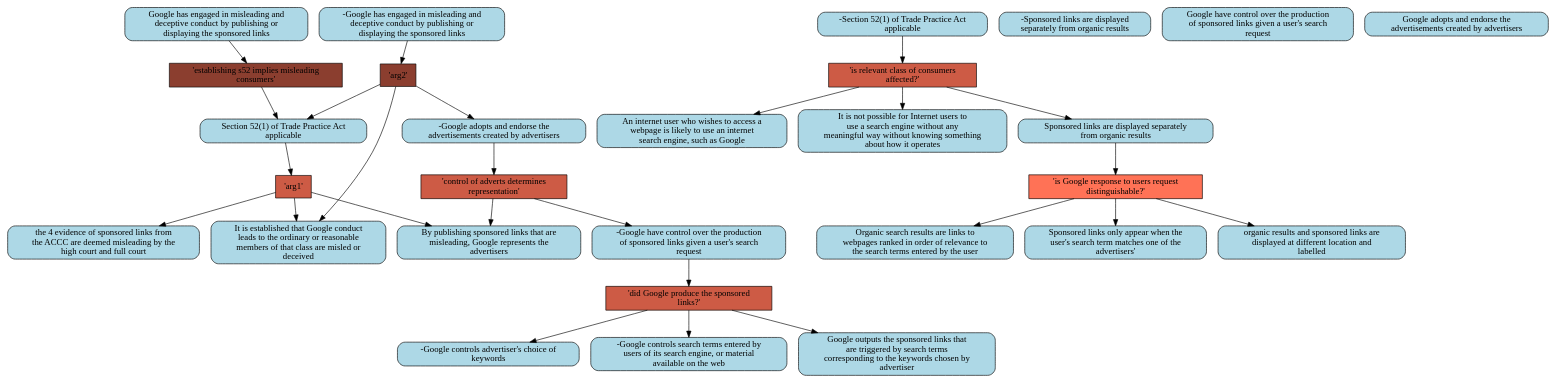
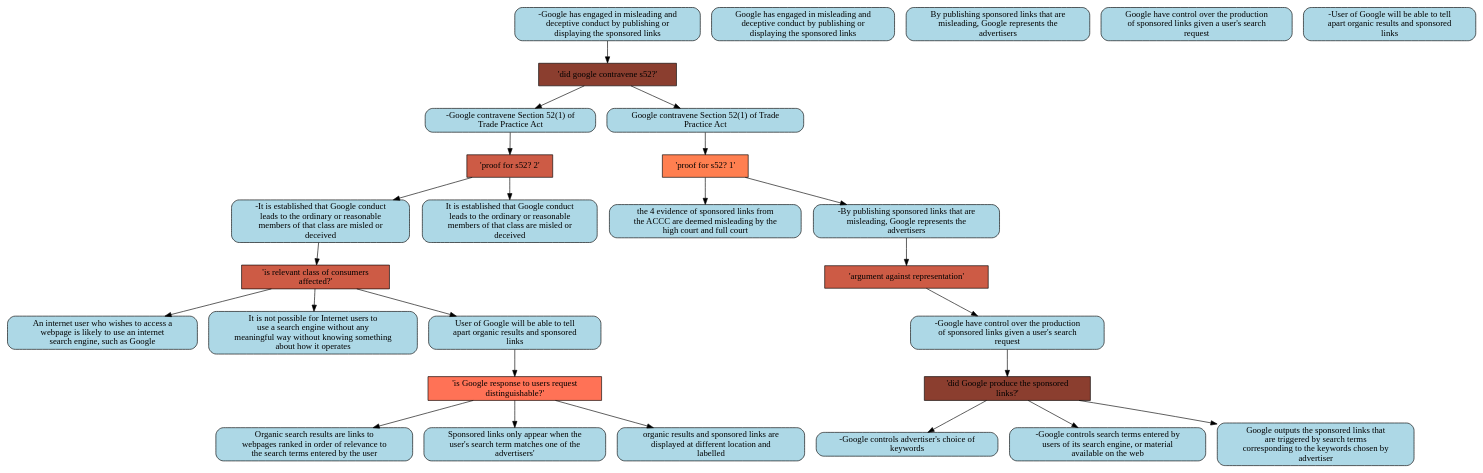
One commit to goweiting/carneades-ext changed the diagram in system/dot/googleVaccc.yml.dot. Above: the diagram before and after it, drawn with Graphviz. The commit also changed 6 other files, not shown here.

```diff
--- a/system/dot/googleVaccc.yml.dot
+++ b/system/dot/googleVaccc.yml.dot
@@ -1,55 +1,53 @@
 digraph G{ 
-"'establishing s52 implies misleading\nconsumers'" [color="black", fillcolor="coral4",fixedsize=false, shape=box, style="filled"]; 
+"'did google contravene s52?'" [color="black", fillcolor="coral4",fixedsize=false, shape=box, style="filled"]; 
+"-Google has engaged in misleading and\ndeceptive conduct by publishing or\ndisplaying the sponsored links" [color="black", fillcolor="lightblue", fixedsize=false,  shape="box", style="rounded,filled"]; 
 "Google has engaged in misleading and\ndeceptive conduct by publishing or\ndisplaying the sponsored links" [color="black", fillcolor="lightblue", fixedsize=false,  shape="box", style="rounded,filled"]; 
-"-Google has engaged in misleading and\ndeceptive conduct by publishing or\ndisplaying the sponsored links" [color="black", fillcolor="lightblue", fixedsize=false,  shape="box", style="rounded,filled"]; 
-"Section 52(1) of Trade Practice Act\napplicable" [color="black", fillcolor="lightblue", fixedsize=false,  shape="box", style="rounded,filled"]; 
-"'arg1'" [color="black", fillcolor="coral3",fixedsize=false, shape=box, style="filled"]; 
-"-Section 52(1) of Trade Practice Act\napplicable" [color="black", fillcolor="lightblue", fixedsize=false,  shape="box", style="rounded,filled"]; 
+"-Google contravene Section 52(1) of\nTrade Practice Act" [color="black", fillcolor="lightblue", fixedsize=false,  shape="box", style="rounded,filled"]; 
+"Google contravene Section 52(1) of Trade\nPractice Act" [color="black", fillcolor="lightblue", fixedsize=false,  shape="box", style="rounded,filled"]; 
+"'proof for s52? 1'" [color="black", fillcolor="coral",fixedsize=false, shape=box, style="filled"]; 
+"the 4 evidence of sponsored links from\nthe ACCC are deemed misleading by the\nhigh court and full court" [color="black", fillcolor="lightblue", fixedsize=false,  shape="box", style="rounded,filled"]; 
+"-By publishing sponsored links that are\nmisleading, Google represents the\nadvertisers" [color="black", fillcolor="lightblue", fixedsize=false,  shape="box", style="rounded,filled"]; 
+"'argument against representation'" [color="black", fillcolor="coral3",fixedsize=false, shape=box, style="filled"]; 
 "By publishing sponsored links that are\nmisleading, Google represents the\nadvertisers" [color="black", fillcolor="lightblue", fixedsize=false,  shape="box", style="rounded,filled"]; 
-"It is established that Google conduct\nleads to the ordinary or reasonable\nmembers of that class are misled or\ndeceived" [color="black", fillcolor="lightblue", fixedsize=false,  shape="box", style="rounded,filled"]; 
-"the 4 evidence of sponsored links from\nthe ACCC are deemed misleading by the\nhigh court and full court" [color="black", fillcolor="lightblue", fixedsize=false,  shape="box", style="rounded,filled"]; 
-"'arg2'" [color="black", fillcolor="coral4",fixedsize=false, shape=box, style="filled"]; 
-"-Google adopts and endorse the\nadvertisements created by advertisers" [color="black", fillcolor="lightblue", fixedsize=false,  shape="box", style="rounded,filled"]; 
-"'is relevant class of consumers\naffected?'" [color="black", fillcolor="coral3",fixedsize=false, shape=box, style="filled"]; 
-"An internet user who wishes to access a\nwebpage is likely to use an internet\nsearch engine, such as Google" [color="black", fillcolor="lightblue", fixedsize=false,  shape="box", style="rounded,filled"]; 
-"It is not possible for Internet users to\nuse a search engine without any\nmeaningful way without knowing something\nabout how it operates" [color="black", fillcolor="lightblue", fixedsize=false,  shape="box", style="rounded,filled"]; 
-"Sponsored links are displayed separately\nfrom organic results" [color="black", fillcolor="lightblue", fixedsize=false,  shape="box", style="rounded,filled"]; 
-"'is Google response to users request\ndistinguishable?'" [color="black", fillcolor="coral1",fixedsize=false, shape=box, style="filled"]; 
-"-Sponsored links are displayed\nseparately from organic results" [color="black", fillcolor="lightblue", fixedsize=false,  shape="box", style="rounded,filled"]; 
-"Organic search results are links to\nwebpages ranked in order of relevance to\nthe search terms entered by the user" [color="black", fillcolor="lightblue", fixedsize=false,  shape="box", style="rounded,filled"]; 
-"Sponsored links only appear when the\nuser's search term matches one of the\nadvertisers'" [color="black", fillcolor="lightblue", fixedsize=false,  shape="box", style="rounded,filled"]; 
-"organic results and sponsored links are\ndisplayed at different location and\nlabelled" [color="black", fillcolor="lightblue", fixedsize=false,  shape="box", style="rounded,filled"]; 
-"'did Google produce the sponsored\nlinks?'" [color="black", fillcolor="coral3",fixedsize=false, shape=box, style="filled"]; 
 "-Google have control over the production\nof sponsored links given a user's search\nrequest" [color="black", fillcolor="lightblue", fixedsize=false,  shape="box", style="rounded,filled"]; 
+"'did Google produce the sponsored\nlinks?'" [color="black", fillcolor="coral4",fixedsize=false, shape=box, style="filled"]; 
 "Google have control over the production\nof sponsored links given a user's search\nrequest" [color="black", fillcolor="lightblue", fixedsize=false,  shape="box", style="rounded,filled"]; 
 "-Google controls advertiser's choice of\nkeywords" [color="black", fillcolor="lightblue", fixedsize=false,  shape="box", style="rounded,filled"]; 
 "-Google controls search terms entered by\nusers of its search engine, or material\navailable on the web" [color="black", fillcolor="lightblue", fixedsize=false,  shape="box", style="rounded,filled"]; 
 "Google outputs the sponsored links that\nare triggered by search terms\ncorresponding to the keywords chosen by\nadvertiser" [color="black", fillcolor="lightblue", fixedsize=false,  shape="box", style="rounded,filled"]; 
-"'control of adverts determines\nrepresentation'" [color="black", fillcolor="coral3",fixedsize=false, shape=box, style="filled"]; 
-"Google adopts and endorse the\nadvertisements created by advertisers" [color="black", fillcolor="lightblue", fixedsize=false,  shape="box", style="rounded,filled"]; 
-"Google has engaged in misleading and\ndeceptive conduct by publishing or\ndisplaying the sponsored links" -> "'establishing s52 implies misleading\nconsumers'" ; 
-"'establishing s52 implies misleading\nconsumers'" -> "Section 52(1) of Trade Practice Act\napplicable" ; 
-"Section 52(1) of Trade Practice Act\napplicable" -> "'arg1'" ; 
-"'arg1'" -> "By publishing sponsored links that are\nmisleading, Google represents the\nadvertisers" ; 
-"'arg1'" -> "It is established that Google conduct\nleads to the ordinary or reasonable\nmembers of that class are misled or\ndeceived" ; 
-"'arg1'" -> "the 4 evidence of sponsored links from\nthe ACCC are deemed misleading by the\nhigh court and full court" ; 
-"-Google has engaged in misleading and\ndeceptive conduct by publishing or\ndisplaying the sponsored links" -> "'arg2'" ; 
-"'arg2'" -> "-Google adopts and endorse the\nadvertisements created by advertisers" ; 
-"'arg2'" -> "It is established that Google conduct\nleads to the ordinary or reasonable\nmembers of that class are misled or\ndeceived" ; 
-"'arg2'" -> "Section 52(1) of Trade Practice Act\napplicable" ; 
-"-Section 52(1) of Trade Practice Act\napplicable" -> "'is relevant class of consumers\naffected?'" ; 
-"'is relevant class of consumers\naffected?'" -> "An internet user who wishes to access a\nwebpage is likely to use an internet\nsearch engine, such as Google" ; 
-"'is relevant class of consumers\naffected?'" -> "It is not possible for Internet users to\nuse a search engine without any\nmeaningful way without knowing something\nabout how it operates" ; 
-"'is relevant class of consumers\naffected?'" -> "Sponsored links are displayed separately\nfrom organic results" ; 
-"Sponsored links are displayed separately\nfrom organic results" -> "'is Google response to users request\ndistinguishable?'" ; 
-"'is Google response to users request\ndistinguishable?'" -> "Organic search results are links to\nwebpages ranked in order of relevance to\nthe search terms entered by the user" ; 
-"'is Google response to users request\ndistinguishable?'" -> "Sponsored links only appear when the\nuser's search term matches one of the\nadvertisers'" ; 
-"'is Google response to users request\ndistinguishable?'" -> "organic results and sponsored links are\ndisplayed at different location and\nlabelled" ; 
+"'proof for s52? 2'" [color="black", fillcolor="coral3",fixedsize=false, shape=box, style="filled"]; 
+"-It is established that Google conduct\nleads to the ordinary or reasonable\nmembers of that class are misled or\ndeceived" [color="black", fillcolor="lightblue", fixedsize=false,  shape="box", style="rounded,filled"]; 
+"It is established that Google conduct\nleads to the ordinary or reasonable\nmembers of that class are misled or\ndeceived" [color="black", fillcolor="lightblue", fixedsize=false,  shape="box", style="rounded,filled"]; 
+"'is relevant class of consumers\naffected?'" [color="black", fillcolor="coral3",fixedsize=false, shape=box, style="filled"]; 
+"An internet user who wishes to access a\nwebpage is likely to use an internet\nsearch engine, such as Google" [color="black", fillcolor="lightblue", fixedsize=false,  shape="box", style="rounded,filled"]; 
+"It is not possible for Internet users to\nuse a search engine without any\nmeaningful way without knowing something\nabout how it operates" [color="black", fillcolor="lightblue", fixedsize=false,  shape="box", style="rounded,filled"]; 
+"User of Google will be able to tell\napart organic results and sponsored\nlinks" [color="black", fillcolor="lightblue", fixedsize=false,  shape="box", style="rounded,filled"]; 
+"'is Google response to users request\ndistinguishable?'" [color="black", fillcolor="coral1",fixedsize=false, shape=box, style="filled"]; 
+"-User of Google will be able to tell\napart organic results and sponsored\nlinks" [color="black", fillcolor="lightblue", fixedsize=false,  shape="box", style="rounded,filled"]; 
+"Organic search results are links to\nwebpages ranked in order of relevance to\nthe search terms entered by the user" [color="black", fillcolor="lightblue", fixedsize=false,  shape="box", style="rounded,filled"]; 
+"Sponsored links only appear when the\nuser's search term matches one of the\nadvertisers'" [color="black", fillcolor="lightblue", fixedsize=false,  shape="box", style="rounded,filled"]; 
+"organic results and sponsored links are\ndisplayed at different location and\nlabelled" [color="black", fillcolor="lightblue", fixedsize=false,  shape="box", style="rounded,filled"]; 
+"-Google has engaged in misleading and\ndeceptive conduct by publishing or\ndisplaying the sponsored links" -> "'did google contravene s52?'" ; 
+"'did google contravene s52?'" -> "-Google contravene Section 52(1) of\nTrade Practice Act" ; 
+"'did google contravene s52?'" -> "Google contravene Section 52(1) of Trade\nPractice Act" ; 
+"Google contravene Section 52(1) of Trade\nPractice Act" -> "'proof for s52? 1'" ; 
+"'proof for s52? 1'" -> "the 4 evidence of sponsored links from\nthe ACCC are deemed misleading by the\nhigh court and full court" ; 
+"'proof for s52? 1'" -> "-By publishing sponsored links that are\nmisleading, Google represents the\nadvertisers" ; 
+"-By publishing sponsored links that are\nmisleading, Google represents the\nadvertisers" -> "'argument against representation'" ; 
+"'argument against representation'" -> "-Google have control over the production\nof sponsored links given a user's search\nrequest" ; 
 "-Google have control over the production\nof sponsored links given a user's search\nrequest" -> "'did Google produce the sponsored\nlinks?'" ; 
 "'did Google produce the sponsored\nlinks?'" -> "-Google controls advertiser's choice of\nkeywords" ; 
 "'did Google produce the sponsored\nlinks?'" -> "-Google controls search terms entered by\nusers of its search engine, or material\navailable on the web" ; 
 "'did Google produce the sponsored\nlinks?'" -> "Google outputs the sponsored links that\nare triggered by search terms\ncorresponding to the keywords chosen by\nadvertiser" ; 
-"-Google adopts and endorse the\nadvertisements created by advertisers" -> "'control of adverts determines\nrepresentation'" ; 
-"'control of adverts determines\nrepresentation'" -> "-Google have control over the production\nof sponsored links given a user's search\nrequest" ; 
-"'control of adverts determines\nrepresentation'" -> "By publishing sponsored links that are\nmisleading, Google represents the\nadvertisers" ; 
+"-Google contravene Section 52(1) of\nTrade Practice Act" -> "'proof for s52? 2'" ; 
+"'proof for s52? 2'" -> "-It is established that Google conduct\nleads to the ordinary or reasonable\nmembers of that class are misled or\ndeceived" ; 
+"'proof for s52? 2'" -> "It is established that Google conduct\nleads to the ordinary or reasonable\nmembers of that class are misled or\ndeceived" ; 
+"-It is established that Google conduct\nleads to the ordinary or reasonable\nmembers of that class are misled or\ndeceived" -> "'is relevant class of consumers\naffected?'" ; 
+"'is relevant class of consumers\naffected?'" -> "An internet user who wishes to access a\nwebpage is likely to use an internet\nsearch engine, such as Google" ; 
+"'is relevant class of consumers\naffected?'" -> "It is not possible for Internet users to\nuse a search engine without any\nmeaningful way without knowing something\nabout how it operates" ; 
+"'is relevant class of consumers\naffected?'" -> "User of Google will be able to tell\napart organic results and sponsored\nlinks" ; 
+"User of Google will be able to tell\napart organic results and sponsored\nlinks" -> "'is Google response to users request\ndistinguishable?'" ; 
+"'is Google response to users request\ndistinguishable?'" -> "Organic search results are links to\nwebpages ranked in order of relevance to\nthe search terms entered by the user" ; 
+"'is Google response to users request\ndistinguishable?'" -> "Sponsored links only appear when the\nuser's search term matches one of the\nadvertisers'" ; 
+"'is Google response to users request\ndistinguishable?'" -> "organic results and sponsored links are\ndisplayed at different location and\nlabelled" ; 
 }
```
